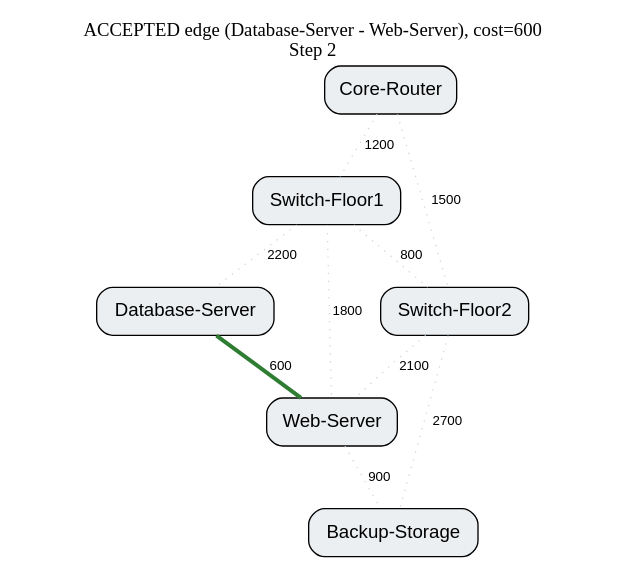
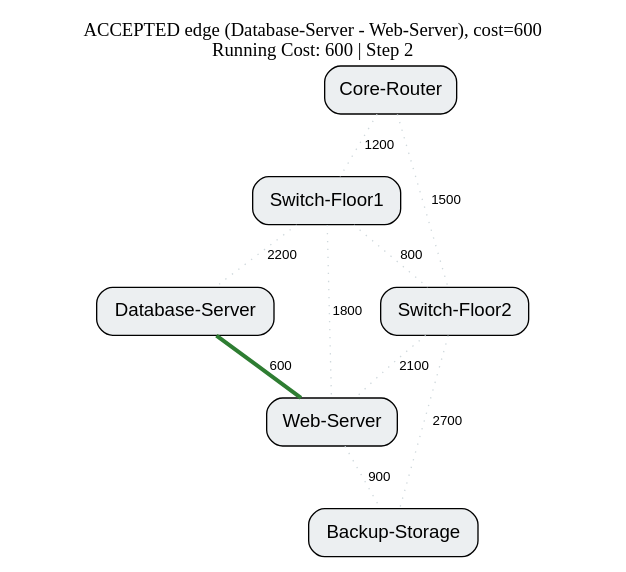
The diagram in docs/results/replay_frames/frame_002.dot (bariiqmalik/netopt), drawn with Graphviz before and after one commit. The commit also changed 64 other files, not shown here.

Commit message:
fix(replay): self-contained rendered HTML with graceful Graphviz fallback

```diff
--- a/docs/results/replay_frames/frame_002.dot
+++ b/docs/results/replay_frames/frame_002.dot
@@ -1,23 +1,23 @@
 graph Frame {
-  label="ACCEPTED edge (Database-Server - Web-Server), cost=600\nStep 2";
+  label="ACCEPTED edge (Database-Server - Web-Server), cost=600\nRunning Cost: 600 | Step 2";
   labelloc="t";
   node [shape=box, style="filled,rounded", fillcolor="#ECEFF1", fontname="Helvetica"];
   edge [fontname="Helvetica", fontsize=10];
 
   1 [label="Core-Router"];
   2 [label="Switch-Floor1"];
   3 [label="Switch-Floor2"];
   4 [label="Database-Server"];
   5 [label="Web-Server"];
   6 [label="Backup-Storage"];
 
   1 -- 2 [label="1200", color="#CFD8DC", style="dotted"];
   1 -- 3 [label="1500", color="#CFD8DC", style="dotted"];
   2 -- 3 [label="800", color="#CFD8DC", style="dotted"];
   2 -- 4 [label="2200", color="#CFD8DC", style="dotted"];
   2 -- 5 [label="1800", color="#CFD8DC", style="dotted"];
   3 -- 5 [label="2100", color="#CFD8DC", style="dotted"];
   3 -- 6 [label="2700", color="#CFD8DC", style="dotted"];
   4 -- 5 [label="600", color="#2E7D32", penwidth=3.0];
   5 -- 6 [label="900", color="#CFD8DC", style="dotted"];
 }
```
